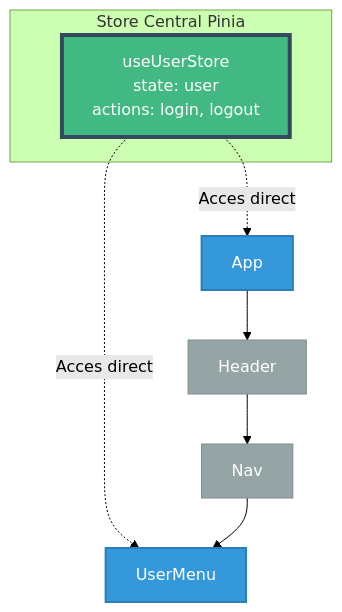
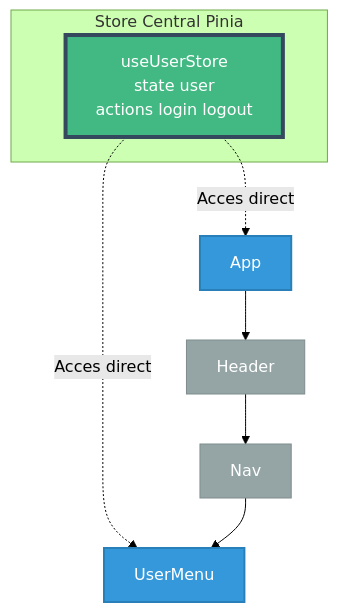
One commit to JSurquin/pylowt changed the second of 3 diagrams in pages/module4-pinia-state.md. Above: the diagram before and after it, drawn with Mermaid (forest theme). The commit also changed other lines of this file and 5 other files, not shown here.

````diff
--- a/pages/module4-pinia-state.md
+++ b/pages/module4-pinia-state.md
@@ -59,24 +89,24 @@
 ```mermaid
 graph TB
     subgraph Store["Store Central Pinia"]
-        US["useUserStore<br/>state: user<br/>actions: login, logout"]
+        US[useUserStore<br/>state user<br/>actions login logout]
     end
     
     A[App]
     H[Header]
     N[Nav]
     UM[UserMenu]
     
     US -.->|Acces direct| A
     US -.->|Acces direct| UM
     
     A --> H
     H --> N
     N --> UM
     
     style US fill:#42b883,stroke:#35495e,stroke-width:4px,color:#fff
     style A fill:#3498db,stroke:#2980b9,stroke-width:2px,color:#fff
     style H fill:#95a5a6,stroke:#7f8c8d,stroke-width:1px,color:#fff
     style N fill:#95a5a6,stroke:#7f8c8d,stroke-width:1px,color:#fff
     style UM fill:#3498db,stroke:#2980b9,stroke-width:2px,color:#fff
 ```
````
